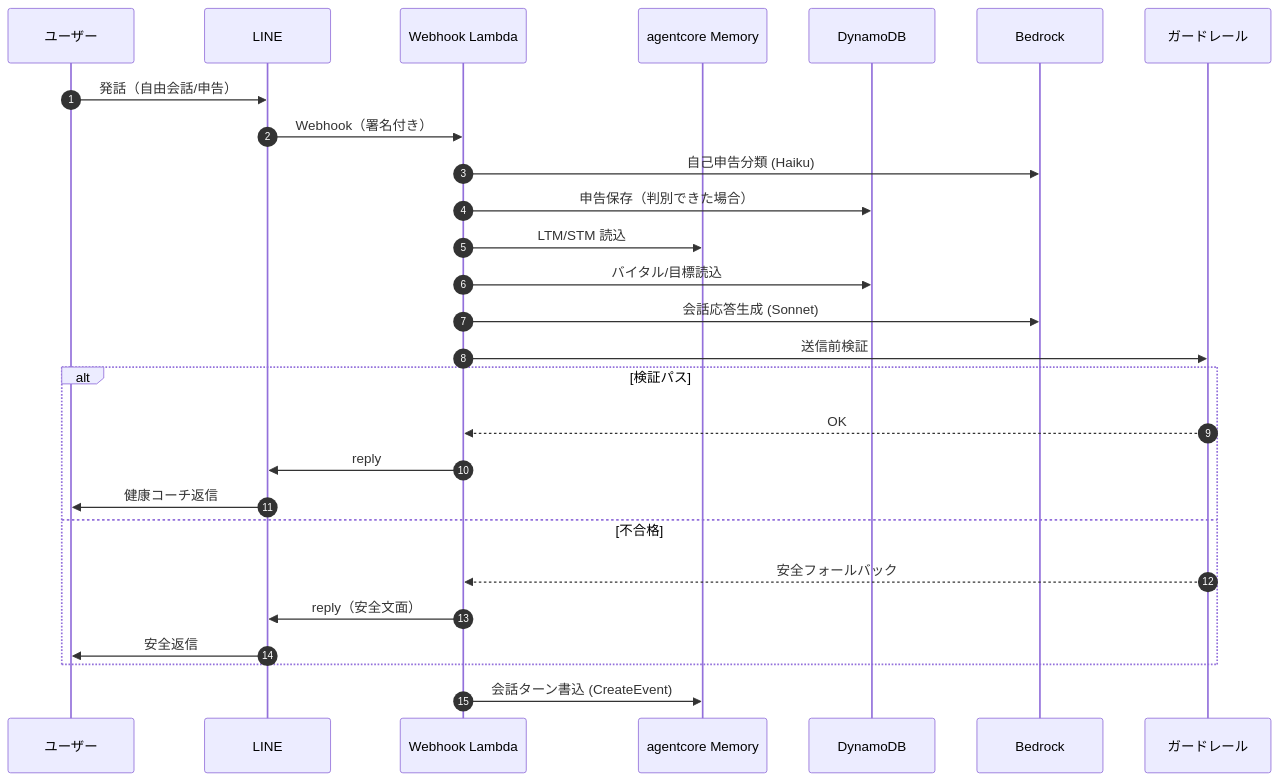
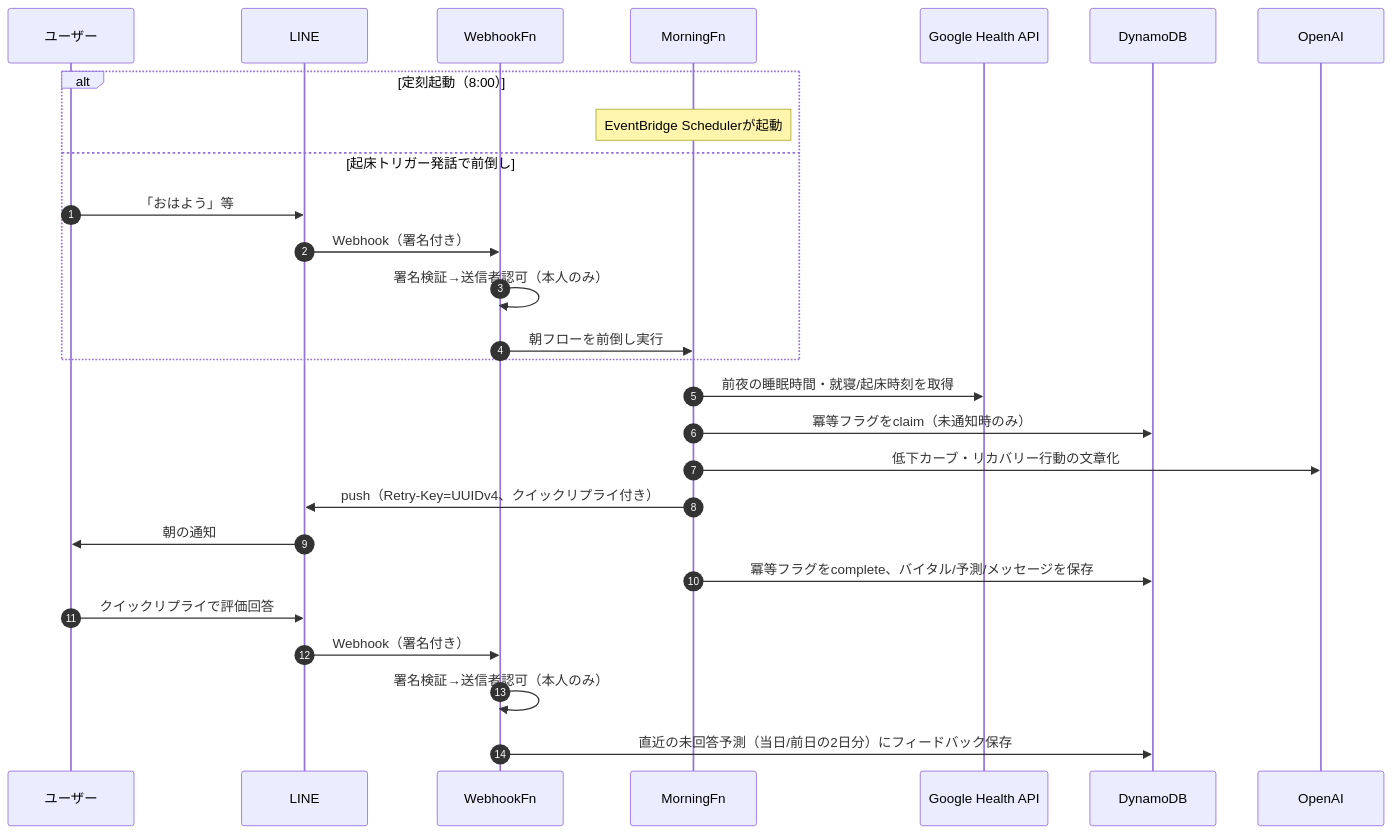
One commit to masanori-takada/260826_SleepTech_ver1.0 changed the third of 3 diagrams in docs/architecture.md. Above: the diagram before and after it, drawn with Mermaid. The commit also changed other lines of this file and 3 other files, not shown here.

First line of the commit message:
docs: デプロイ手順書とSleepTech構成図を整備

````diff
--- a/docs/architecture.md
+++ b/docs/architecture.md
@@ -118,30 +104,31 @@
 ```mermaid
 sequenceDiagram
     autonumber
     participant U as ユーザー
     participant L as LINE
-    participant W as Webhook Lambda
-    participant M as agentcore Memory
+    participant W as WebhookFn
+    participant M as MorningFn
+    participant G as Google Health API
     participant D as DynamoDB
-    participant B as Bedrock
-    participant G as ガードレール
+    participant O as OpenAI
 
-    U->>L: 発話（自由会話/申告）
+    alt 定刻起動（8:00）
+        Note over M: EventBridge Schedulerが起動
+    else 起床トリガー発話で前倒し
+        U->>L: 「おはよう」等
+        L->>W: Webhook（署名付き）
+        W->>W: 署名検証→送信者認可（本人のみ）
+        W->>M: 朝フローを前倒し実行
+    end
+    M->>G: 前夜の睡眠時間・就寝/起床時刻を取得
+    M->>D: 冪等フラグをclaim（未通知時のみ）
+    M->>O: 低下カーブ・リカバリー行動の文章化
+    M->>L: push（Retry-Key=UUIDv4、クイックリプライ付き）
+    L->>U: 朝の通知
+    M->>D: 冪等フラグをcomplete、バイタル/予測/メッセージを保存
+
+    U->>L: クイックリプライで評価回答
     L->>W: Webhook（署名付き）
-    W->>B: 自己申告分類 (Haiku)
-    W->>D: 申告保存（判別できた場合）
-    W->>M: LTM/STM 読込
-    W->>D: バイタル/目標読込
-    W->>B: 会話応答生成 (Sonnet)
-    W->>G: 送信前検証
-    alt 検証パス
-        G-->>W: OK
-        W->>L: reply
-        L->>U: 健康コーチ返信
-    else 不合格
-        G-->>W: 安全フォールバック
-        W->>L: reply（安全文面）
-        L->>U: 安全返信
-    end
-    W->>M: 会話ターン書込 (CreateEvent)
+    W->>W: 署名検証→送信者認可（本人のみ）
+    W->>D: 直近の未回答予測（当日/前日の2日分）にフィードバック保存
 ```
````
